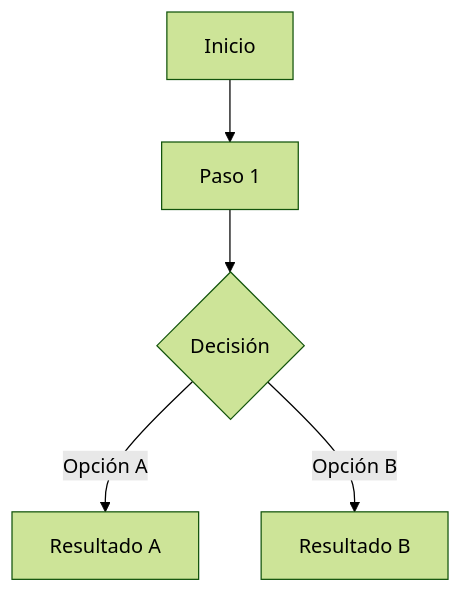
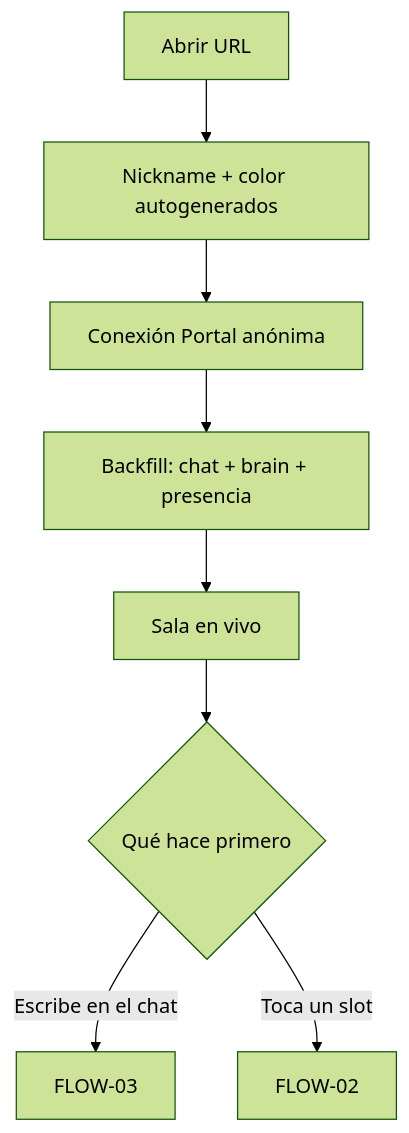
The first of 3 diagrams in docs/user-flows.md (polmarza/el-paciente), drawn with Mermaid (forest theme) before and after one commit. The commit also changed other lines of this file and 25 other files, not shown here.

````diff
--- a/docs/user-flows.md
+++ b/docs/user-flows.md
@@ -36,7 +31,10 @@
 ```mermaid
 flowchart TD
-  A[Inicio] --> B[Paso 1]
-  B --> C{Decisión}
-  C -->|Opción A| D[Resultado A]
-  C -->|Opción B| E[Resultado B]
+  A[Abrir URL] --> B[Nickname + color autogenerados]
+  B --> C[Conexión Portal anónima]
+  C --> D[Backfill: chat + brain + presencia]
+  D --> E[Sala en vivo]
+  E --> F{Qué hace primero}
+  F -->|Escribe en el chat| G[FLOW-03]
+  F -->|Toca un slot| H[FLOW-02]
 ```
````
